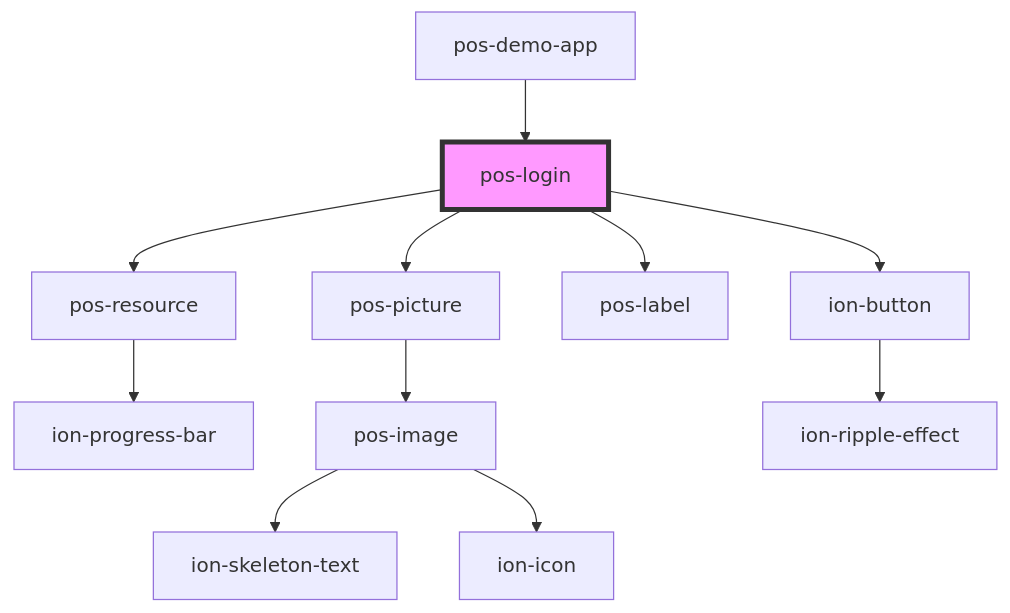
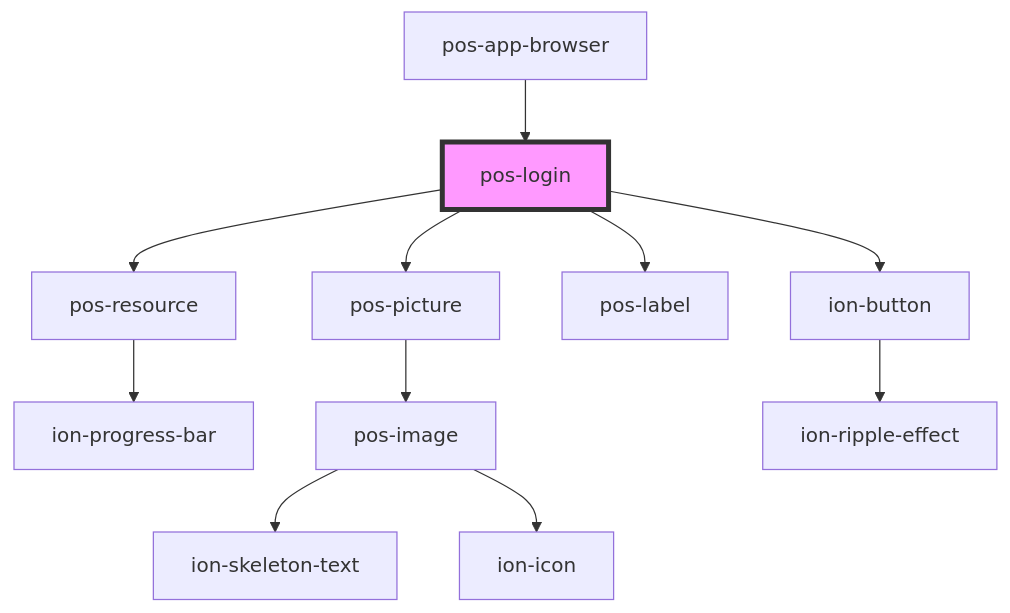
Before and after one commit to pod-os/PodOS: the diagram in docs/elements/components/pos-login/readme.md, drawn with Mermaid. The commit also changed other lines of this file and 6 other files, not shown here.

Commit message:
replace demo app by pos-app-browser

````diff
--- a/docs/elements/components/pos-login/readme.md
+++ b/docs/elements/components/pos-login/readme.md
@@ -29,14 +29,14 @@
 ```mermaid
 graph TD;
   pos-login --> pos-resource
   pos-login --> pos-picture
   pos-login --> pos-label
   pos-login --> ion-button
   pos-resource --> ion-progress-bar
   pos-picture --> pos-image
   pos-image --> ion-skeleton-text
   pos-image --> ion-icon
   ion-button --> ion-ripple-effect
-  pos-demo-app --> pos-login
+  pos-app-browser --> pos-login
   style pos-login fill:#f9f,stroke:#333,stroke-width:4px
 ```
````
